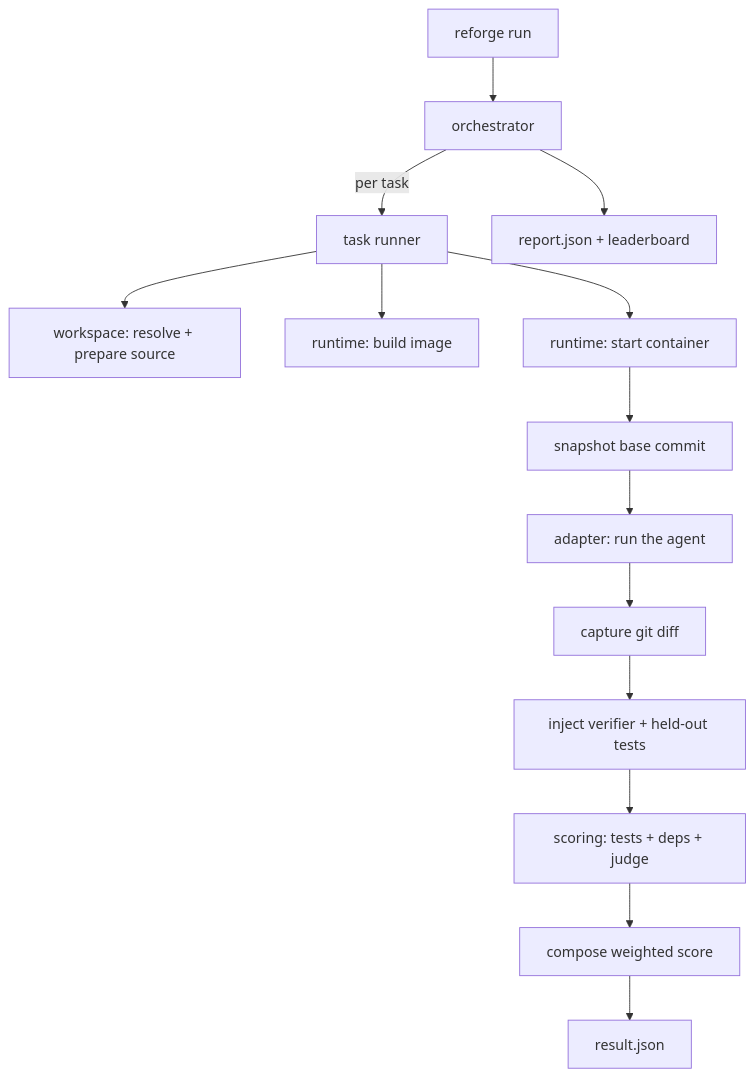
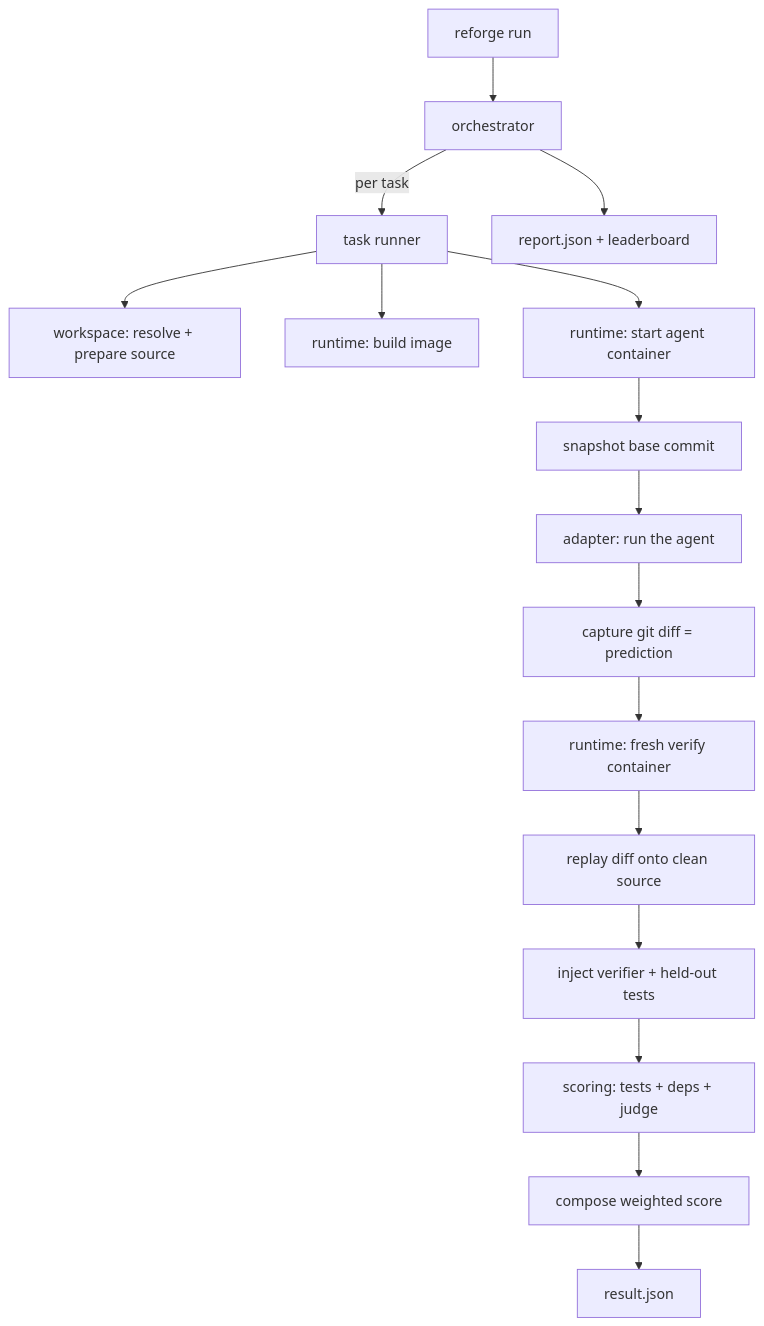
Before and after one commit to filipjevtic/reforge: the first of 3 diagrams in docs/architecture.md, drawn with Mermaid. The commit also changed other lines of this file and 4 other files, not shown here.

First line of the commit message:
docs: catch up architecture, guides, and schema with recent features (#30)

````diff
--- a/docs/architecture.md
+++ b/docs/architecture.md
@@ -9,16 +9,18 @@
 ```mermaid
 flowchart TD
     CLI[reforge run] --> ORCH[orchestrator]
     ORCH -->|per task| TR[task runner]
     TR --> WS[workspace: resolve + prepare source]
     TR --> IMG[runtime: build image]
-    TR --> CON[runtime: start container]
+    TR --> CON[runtime: start agent container]
     CON --> BASE[snapshot base commit]
     BASE --> AGENT[adapter: run the agent]
-    AGENT --> DIFF[capture git diff]
-    DIFF --> INJ[inject verifier + held-out tests]
+    AGENT --> DIFF[capture git diff = prediction]
+    DIFF --> FRESH[runtime: fresh verify container]
+    FRESH --> REPLAY[replay diff onto clean source]
+    REPLAY --> INJ[inject verifier + held-out tests]
     INJ --> SCORE[scoring: tests + deps + judge]
     SCORE --> COMPOSE[compose weighted score]
     COMPOSE --> RESULT[result.json]
     ORCH --> REPORT[report.json + leaderboard]
 ```
````
